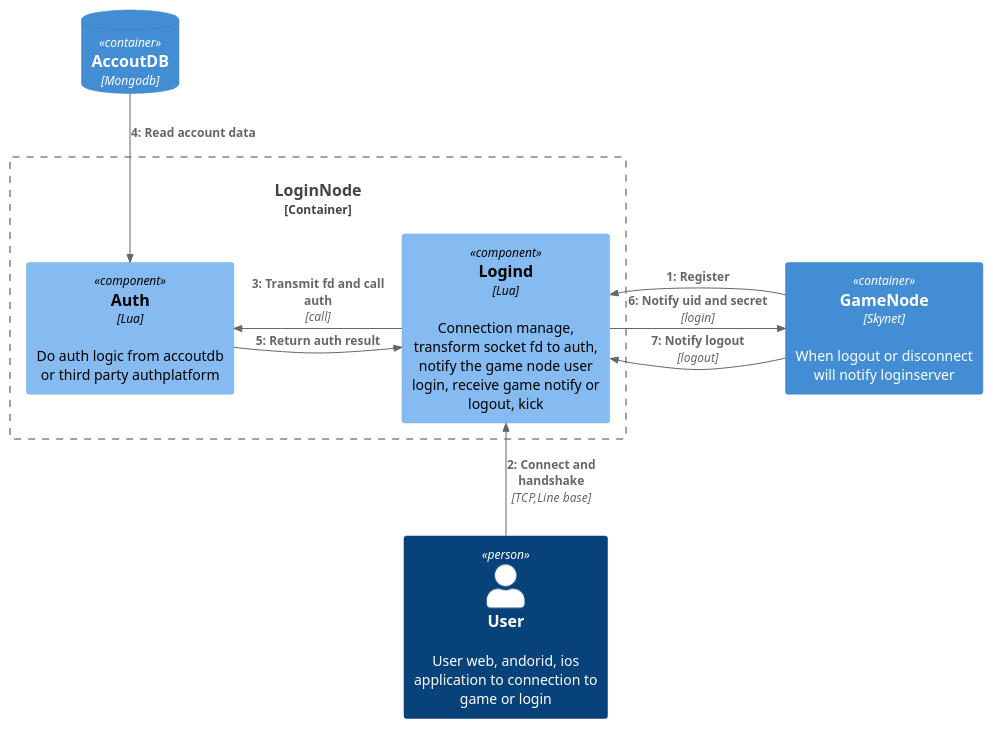
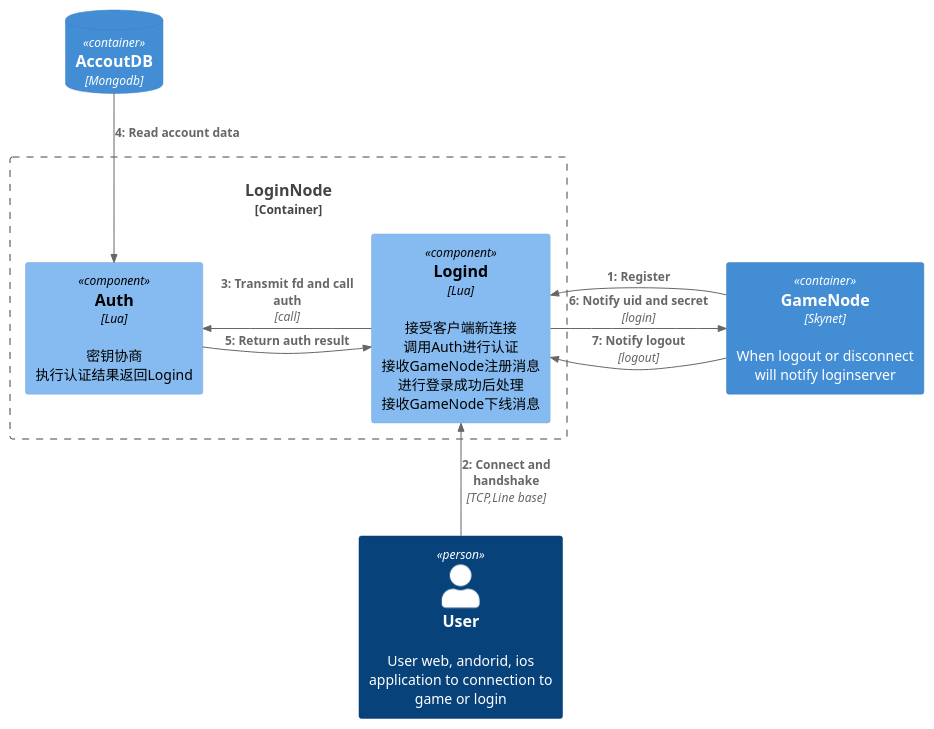
One commit to Gowa2017/skynetgame changed the diagram in docs/loginnode.puml. Above: the diagram before and after it, drawn with PlantUML. The commit also changed 5 other files, not shown here.

```diff
--- a/docs/loginnode.puml
+++ b/docs/loginnode.puml
@@ -1,20 +1,20 @@
 @startuml LoginNode
 skinparam DefaultFontName WenQuanYi Zen Hei
 skinparam DefaultMonospacedFontName UbuntuMono
 
 !include C4_Dynamic.puml
 Person(user, "User","User web, andorid, ios application to connection to game or login")
 Container(gameNode, "GameNode", "Skynet","When logout or disconnect will notify loginserver")
 ContainerDb(accdb, "AccoutDB", "Mongodb")
 Container_Boundary(loginNode, "LoginNode"){
-    Component(logind, "Logind", "Lua","Connection manage, transform socket fd to auth, notify the game node user login, receive game notify or logout, kick")
-    Component(auth, "Auth", "Lua","Do auth logic from accoutdb or third party authplatform")
+    Component(logind, "Logind", "Lua","接受客户端新连接 调用Auth进行认证 接收GameNode注册消息 进行登录成功后处理 接收GameNode下线消息")
+    Component(auth, "Auth", "Lua","密钥协商 执行认证结果返回Logind")
 }
 Rel_L(gameNode,logind,"Register")
 Rel_U(user, logind, "Connect and handshake","TCP,Line base")
 Rel_L(logind, auth, "Transmit fd and call auth","call")
 Rel_D(accdb, auth,"Read account data")
 Rel_R(auth, logind,"Return auth result")
 Rel_R(logind, gameNode,"Notify uid and secret","login")
 Rel_L(gameNode,logind,"Notify logout","logout")
 @enduml
```
